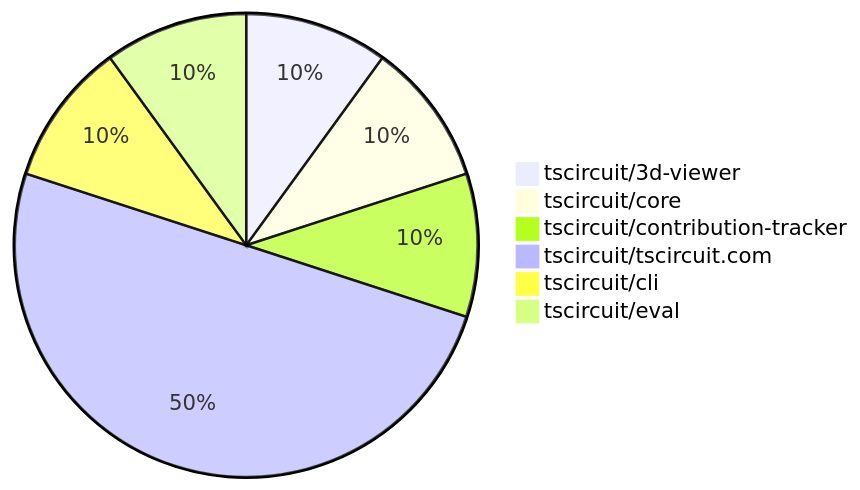
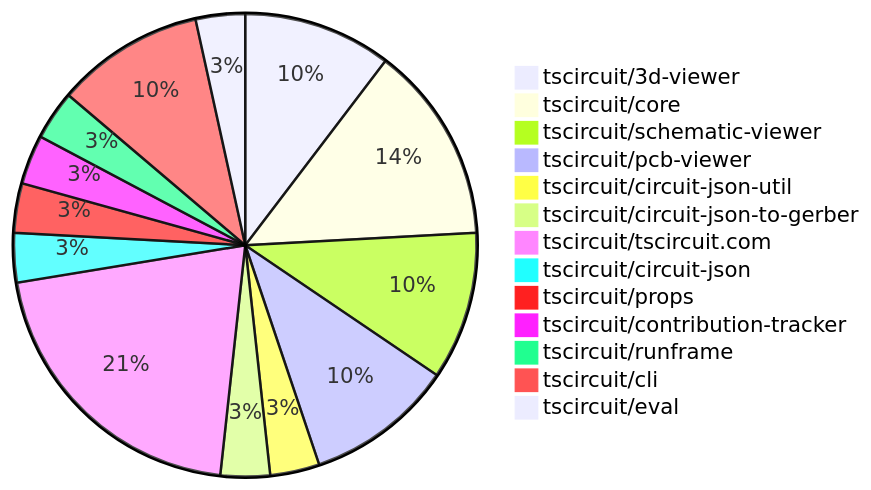
The diagram in contribution-overviews/2025-04-16.md (tscircuit/contribution-tracker), drawn with Mermaid before and after one commit. The commit also changed other lines of this file and 3 other files, not shown here.

````diff
--- a/contribution-overviews/2025-04-16.md
+++ b/contribution-overviews/2025-04-16.md
@@ -5,9 +5,16 @@
 ```mermaid
 pie
-    "tscircuit/3d-viewer" : 1
-    "tscircuit/core" : 1
+    "tscircuit/3d-viewer" : 3
+    "tscircuit/core" : 4
+    "tscircuit/schematic-viewer" : 3
+    "tscircuit/pcb-viewer" : 3
+    "tscircuit/circuit-json-util" : 1
+    "tscircuit/circuit-json-to-gerber" : 1
+    "tscircuit/tscircuit.com" : 6
+    "tscircuit/circuit-json" : 1
+    "tscircuit/props" : 1
     "tscircuit/contribution-tracker" : 1
-    "tscircuit/tscircuit.com" : 5
-    "tscircuit/cli" : 1
+    "tscircuit/runframe" : 1
+    "tscircuit/cli" : 3
     "tscircuit/eval" : 1
 ```
````
